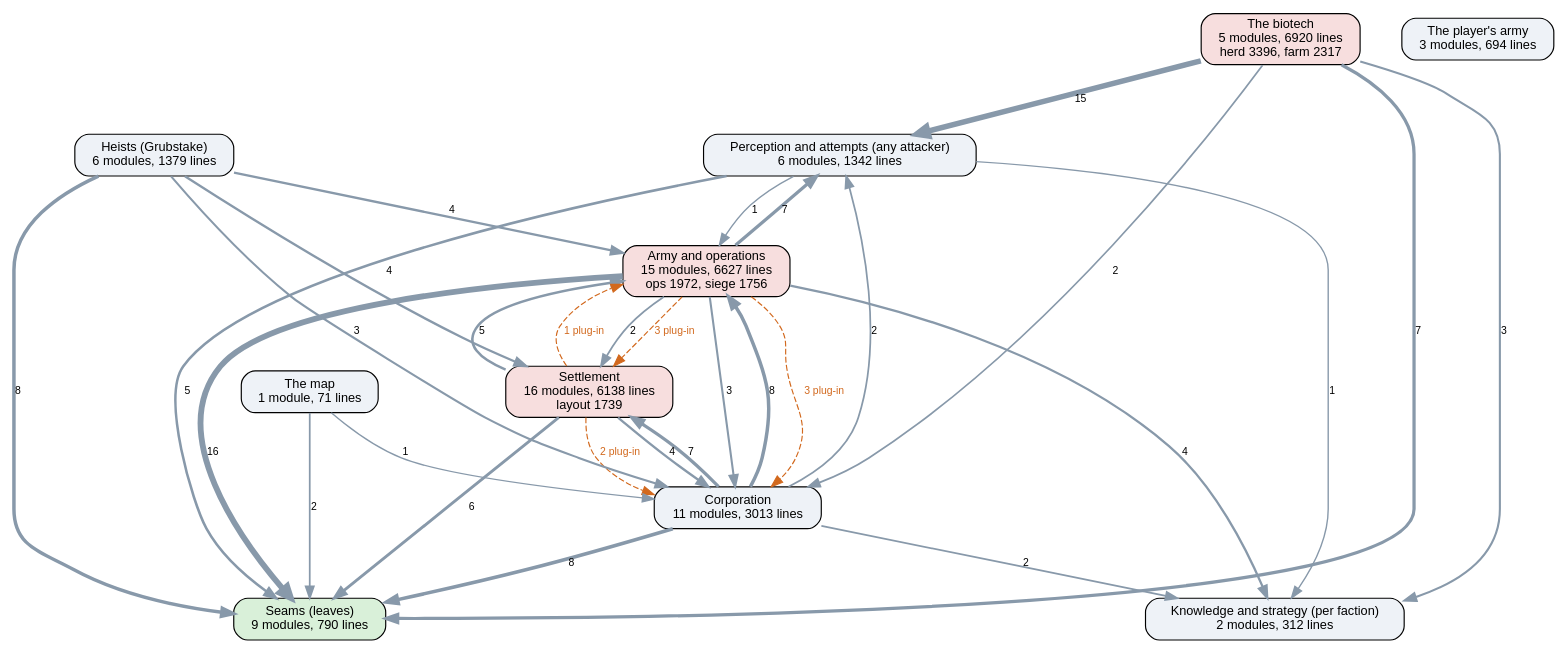
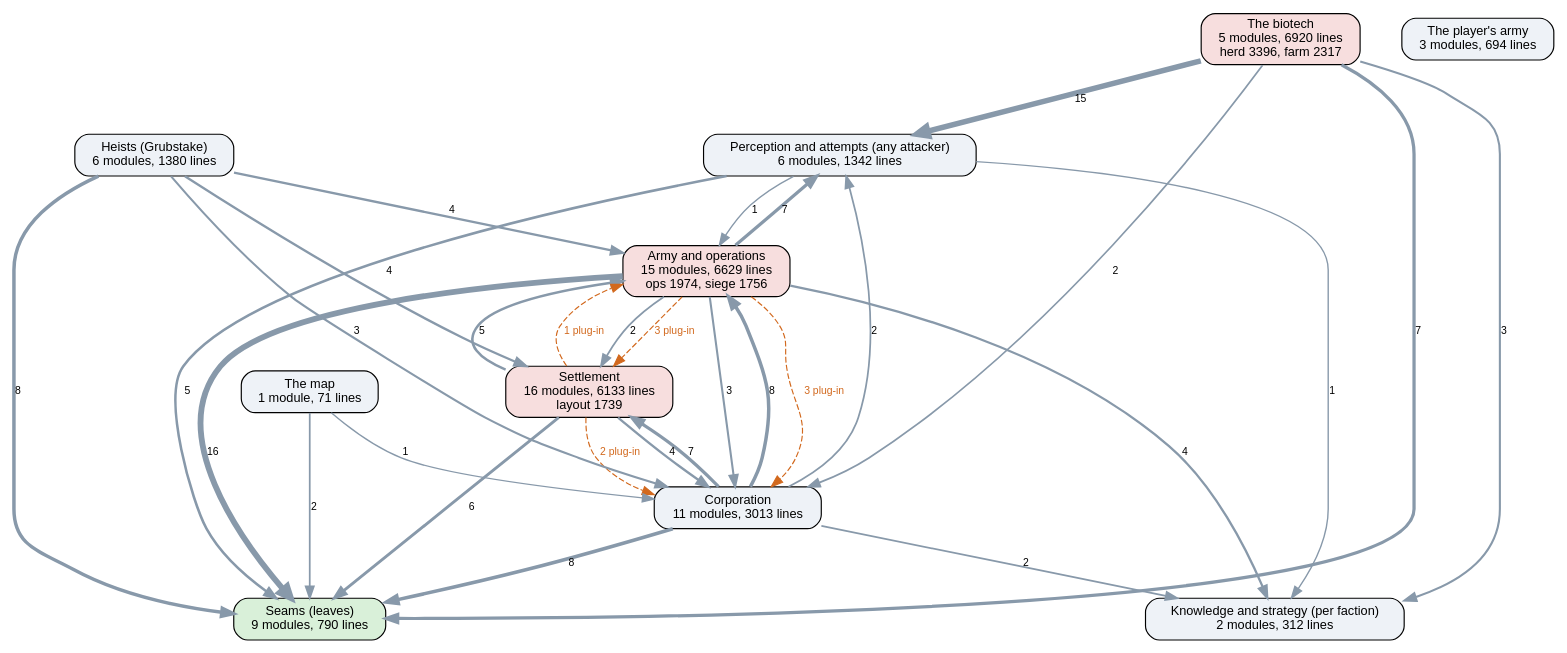
The diagram in docs/ai-layers.dot (kinelhu/landing-party), drawn with Graphviz before and after one commit. The commit also changed 14 other files, not shown here.

```diff
--- a/docs/ai-layers.dot
+++ b/docs/ai-layers.dot
@@ -1,45 +1,45 @@
 digraph layers {
   graph [rankdir=TB, fontname="Helvetica", nodesep=0.5, ranksep=0.7];
   node [shape=box, style="rounded,filled", fontname="Helvetica", fontsize=11, fillcolor="#eef2f7"];
   edge [color="#8899aa", fontname="Helvetica", fontsize=9];
   "Seams (leaves)" [label="Seams (leaves)\n9 modules, 790 lines", fillcolor="#d9f0d9"];
   "Perception and attempts (any attacker)" [label="Perception and attempts (any attacker)\n6 modules, 1342 lines", fillcolor="#eef2f7"];
   "Knowledge and strategy (per faction)" [label="Knowledge and strategy (per faction)\n2 modules, 312 lines", fillcolor="#eef2f7"];
   "Corporation" [label="Corporation\n11 modules, 3013 lines", fillcolor="#eef2f7"];
-  "Settlement" [label="Settlement\n16 modules, 6138 lines\nlayout 1739", fillcolor="#f7dede"];
-  "Army and operations" [label="Army and operations\n15 modules, 6627 lines\nops 1972, siege 1756", fillcolor="#f7dede"];
-  "Heists (Grubstake)" [label="Heists (Grubstake)\n6 modules, 1379 lines", fillcolor="#eef2f7"];
+  "Settlement" [label="Settlement\n16 modules, 6133 lines\nlayout 1739", fillcolor="#f7dede"];
+  "Army and operations" [label="Army and operations\n15 modules, 6629 lines\nops 1974, siege 1756", fillcolor="#f7dede"];
+  "Heists (Grubstake)" [label="Heists (Grubstake)\n6 modules, 1380 lines", fillcolor="#eef2f7"];
   "The biotech" [label="The biotech\n5 modules, 6920 lines\nherd 3396, farm 2317", fillcolor="#f7dede"];
   "The map" [label="The map\n1 module, 71 lines", fillcolor="#eef2f7"];
   "The player's army" [label="The player's army\n3 modules, 694 lines", fillcolor="#eef2f7"];
   "Army and operations" -> "Corporation" [label="3", penwidth=1.8];
   "Army and operations" -> "Knowledge and strategy (per faction)" [label="4", penwidth=2.0];
   "Army and operations" -> "Perception and attempts (any attacker)" [label="7", penwidth=2.8];
   "Army and operations" -> "Seams (leaves)" [label="16", penwidth=5.0];
   "Army and operations" -> "Settlement" [label="2", penwidth=1.5];
   "Corporation" -> "Army and operations" [label="8", penwidth=3.0];
   "Corporation" -> "Knowledge and strategy (per faction)" [label="2", penwidth=1.5];
   "Corporation" -> "Perception and attempts (any attacker)" [label="2", penwidth=1.5];
   "Corporation" -> "Seams (leaves)" [label="8", penwidth=3.0];
   "Corporation" -> "Settlement" [label="7", penwidth=2.8];
   "Heists (Grubstake)" -> "Army and operations" [label="4", penwidth=2.0];
   "Heists (Grubstake)" -> "Corporation" [label="3", penwidth=1.8];
   "Heists (Grubstake)" -> "Seams (leaves)" [label="8", penwidth=3.0];
   "Heists (Grubstake)" -> "Settlement" [label="4", penwidth=2.0];
   "Perception and attempts (any attacker)" -> "Army and operations" [label="1", penwidth=1.2];
   "Perception and attempts (any attacker)" -> "Knowledge and strategy (per faction)" [label="1", penwidth=1.2];
   "Perception and attempts (any attacker)" -> "Seams (leaves)" [label="5", penwidth=2.2];
   "Settlement" -> "Army and operations" [label="5", penwidth=2.2];
   "Settlement" -> "Corporation" [label="4", penwidth=2.0];
   "Settlement" -> "Seams (leaves)" [label="6", penwidth=2.5];
   "The biotech" -> "Corporation" [label="2", penwidth=1.5];
   "The biotech" -> "Knowledge and strategy (per faction)" [label="3", penwidth=1.8];
   "The biotech" -> "Perception and attempts (any attacker)" [label="15", penwidth=4.8];
   "The biotech" -> "Seams (leaves)" [label="7", penwidth=2.8];
   "The map" -> "Corporation" [label="1", penwidth=1.2];
   "The map" -> "Seams (leaves)" [label="2", penwidth=1.5];
   "Army and operations" -> "Corporation" [style=dashed, color="#d2691e", fontcolor="#d2691e", label="3 plug-in"];
   "Army and operations" -> "Settlement" [style=dashed, color="#d2691e", fontcolor="#d2691e", label="3 plug-in"];
   "Settlement" -> "Army and operations" [style=dashed, color="#d2691e", fontcolor="#d2691e", label="1 plug-in"];
   "Settlement" -> "Corporation" [style=dashed, color="#d2691e", fontcolor="#d2691e", label="2 plug-in"];
 }
```
